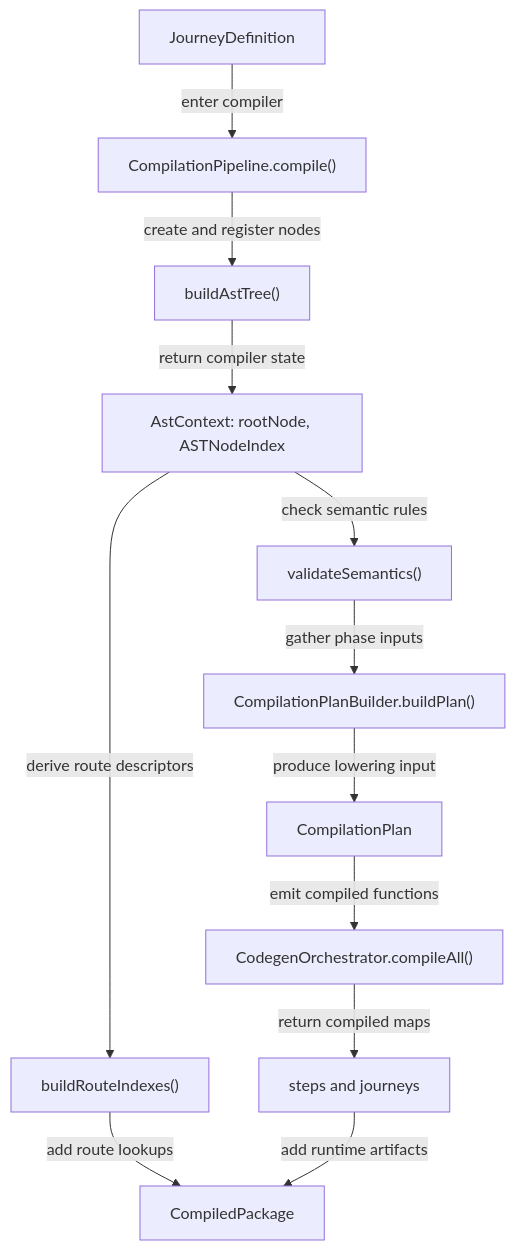
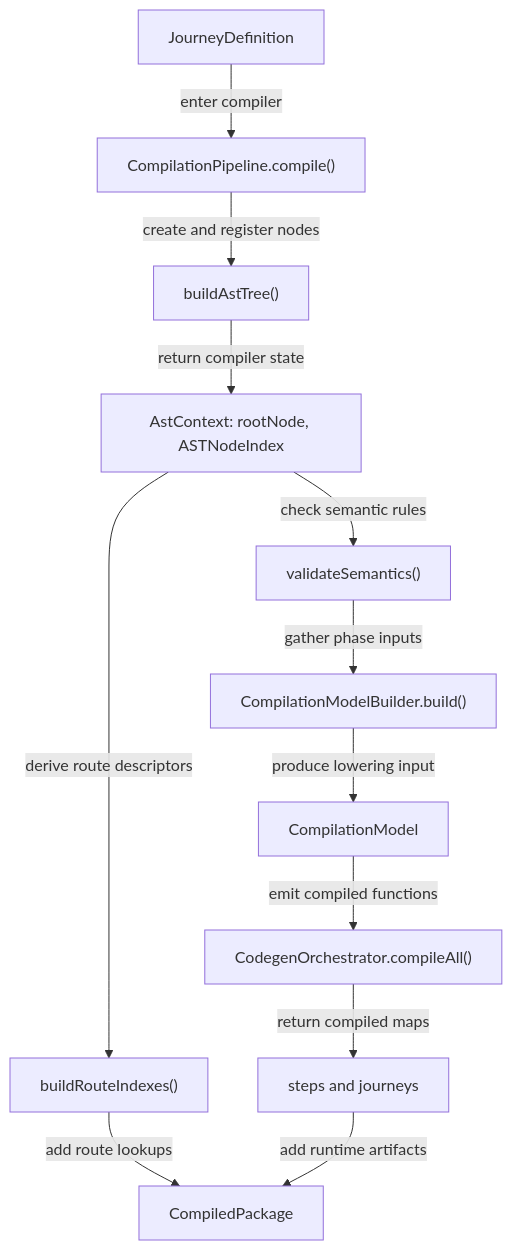
The first of 2 diagrams in packages/forge-core/src/engine/compilation/README.md (ministryofjustice/hmpps-forge), drawn with Mermaid before and after one commit. The commit also changed other lines of this file and 118 other files, not shown here.

Commit message:
Rework analysis into one hierarchical compilation model per package

````diff
--- a/packages/forge-core/src/engine/compilation/README.md
+++ b/packages/forge-core/src/engine/compilation/README.md
@@ -80,14 +80,14 @@
 ```mermaid
 flowchart TD
   journeyDefinition["JourneyDefinition"] -->|enter compiler| pipeline["CompilationPipeline.compile()"]
   pipeline -->|create and register nodes| ast["buildAstTree()"]
   ast -->|return compiler state| astContext["AstContext: rootNode, ASTNodeIndex"]
   astContext -->|check semantic rules| semantics["validateSemantics()"]
-  semantics -->|gather phase inputs| dependency["CompilationPlanBuilder.buildPlan()"]
-  dependency -->|produce lowering input| plan["CompilationPlan"]
+  semantics -->|gather phase inputs| dependency["CompilationModelBuilder.build()"]
+  dependency -->|produce lowering input| plan["CompilationModel"]
   plan -->|emit compiled functions| lowering["CodegenOrchestrator.compileAll()"]
   lowering -->|return compiled maps| compiledMaps["steps and journeys"]
   astContext -->|derive route descriptors| routes["buildRouteIndexes()"]
   routes -->|add route lookups| result["CompiledPackage"]
   compiledMaps -->|add runtime artifacts| result
 ```
````
